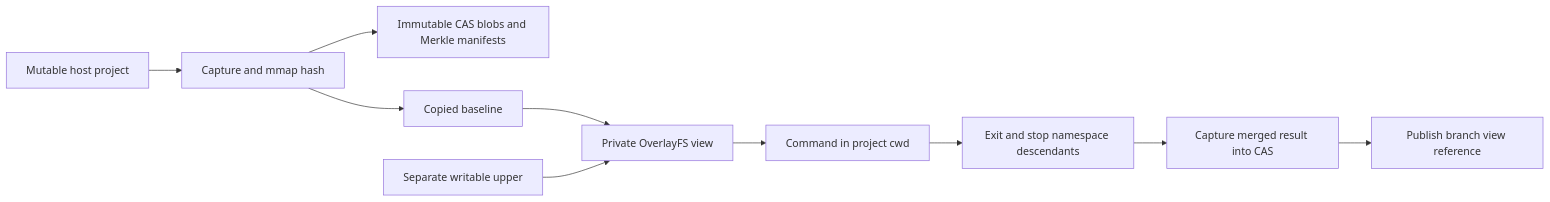
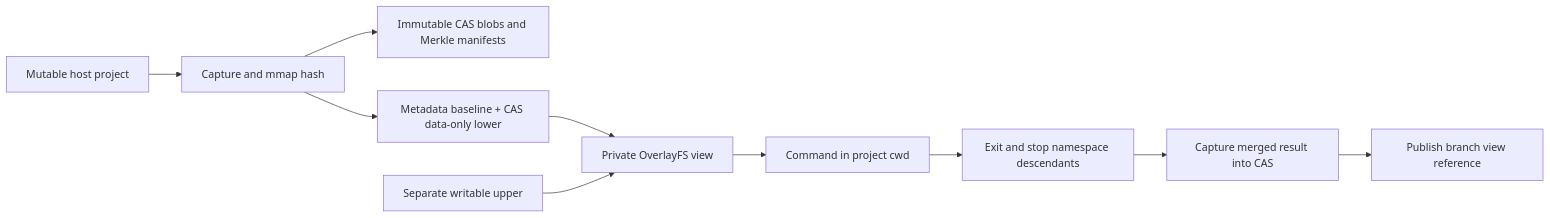
Diagram 11 of 12 in doc/agent-filesystem-views-sdd.md (pantoniou/fyai), drawn with Mermaid before and after one commit. The commit also changed other lines of this file, not shown here.

````diff
--- a/doc/agent-filesystem-views-sdd.md
+++ b/doc/agent-filesystem-views-sdd.md
@@ -731,12 +863,12 @@
 ```mermaid
 flowchart LR
     H["Mutable host project"] --> C["Capture and mmap hash"]
     C --> B["Immutable CAS blobs and Merkle manifests"]
-    C --> L["Copied baseline"]
+    C --> L["Metadata baseline + CAS data-only lower"]
     L --> O["Private OverlayFS view"]
     U["Separate writable upper"] --> O
     O --> E["Command in project cwd"]
     E --> F["Exit and stop namespace descendants"]
     F --> R["Capture merged result into CAS"]
     R --> P["Publish branch view reference"]
 ```
````
